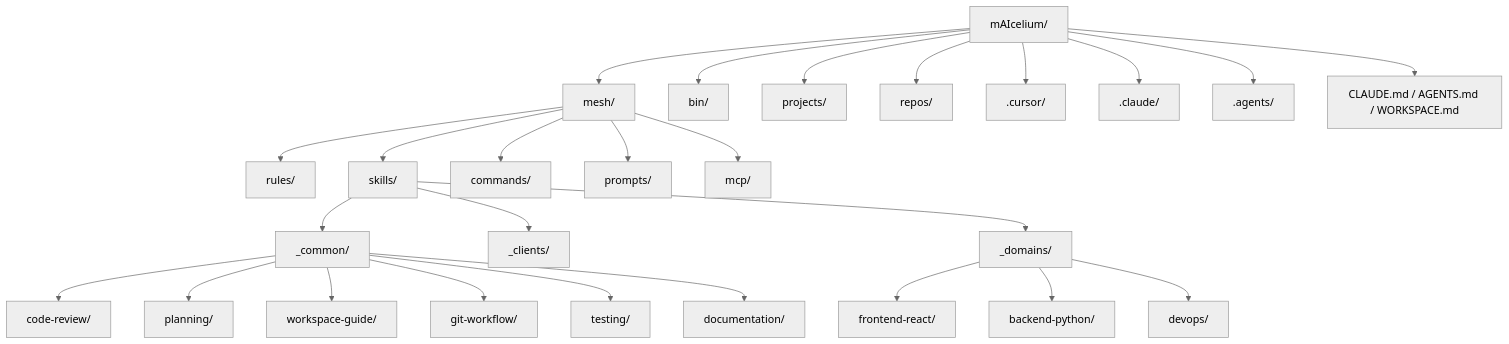
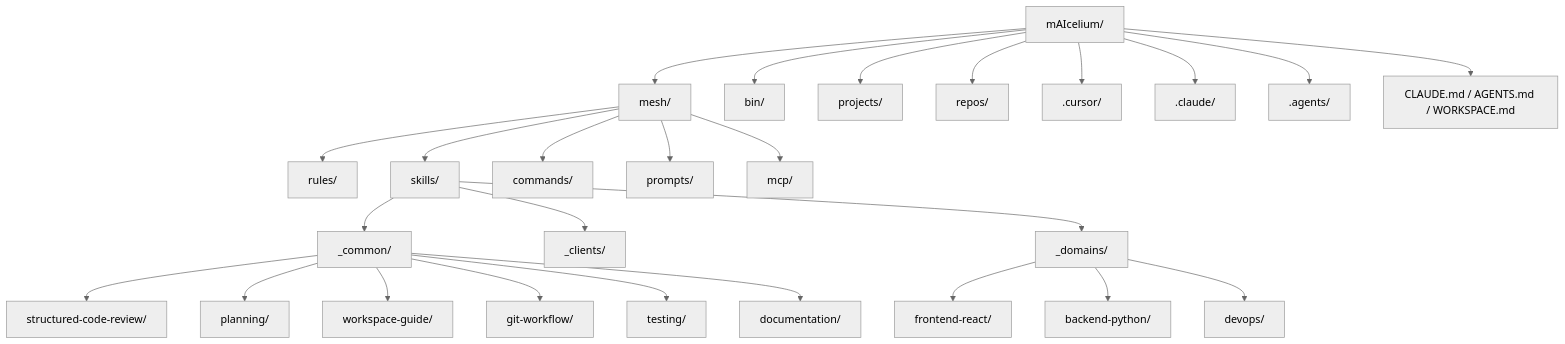
One commit to samartined/mAIcelium changed the first of 4 diagrams in docs/architecture.md. Above: the diagram before and after it, drawn with Mermaid (neutral theme). The commit also changed other lines of this file and 2 other files, not shown here.

````diff
--- a/docs/architecture.md
+++ b/docs/architecture.md
@@ -24,32 +24,32 @@
 ```mermaid
 graph TD
     Root["mAIcelium/"] --> Mesh["mesh/"]
     Root --> Bin["bin/"]
     Root --> Projects["projects/"]
     Root --> Repos["repos/"]
     Root --> CursorDir[".cursor/"]
     Root --> ClaudeDir[".claude/"]
     Root --> AgentsDir[".agents/"]
     Root --> ConfigFiles["CLAUDE.md / AGENTS.md / WORKSPACE.md"]
 
     Mesh --> Rules["rules/"]
     Mesh --> Skills["skills/"]
     Mesh --> Commands["commands/"]
     Mesh --> Prompts["prompts/"]
     Mesh --> MCP["mcp/"]
 
     Skills --> Common["_common/"]
     Skills --> Clients["_clients/"]
     Skills --> Domains["_domains/"]
 
-    Common --> CodeReview["code-review/"]
+    Common --> CodeReview["structured-code-review/"]
     Common --> Planning["planning/"]
     Common --> WorkspaceGuide["workspace-guide/"]
     Common --> GitWorkflow["git-workflow/"]
     Common --> Testing["testing/"]
     Common --> Documentation["documentation/"]
 
     Domains --> FrontendReact["frontend-react/"]
     Domains --> BackendPython["backend-python/"]
     Domains --> DevOps["devops/"]
 ```
````
